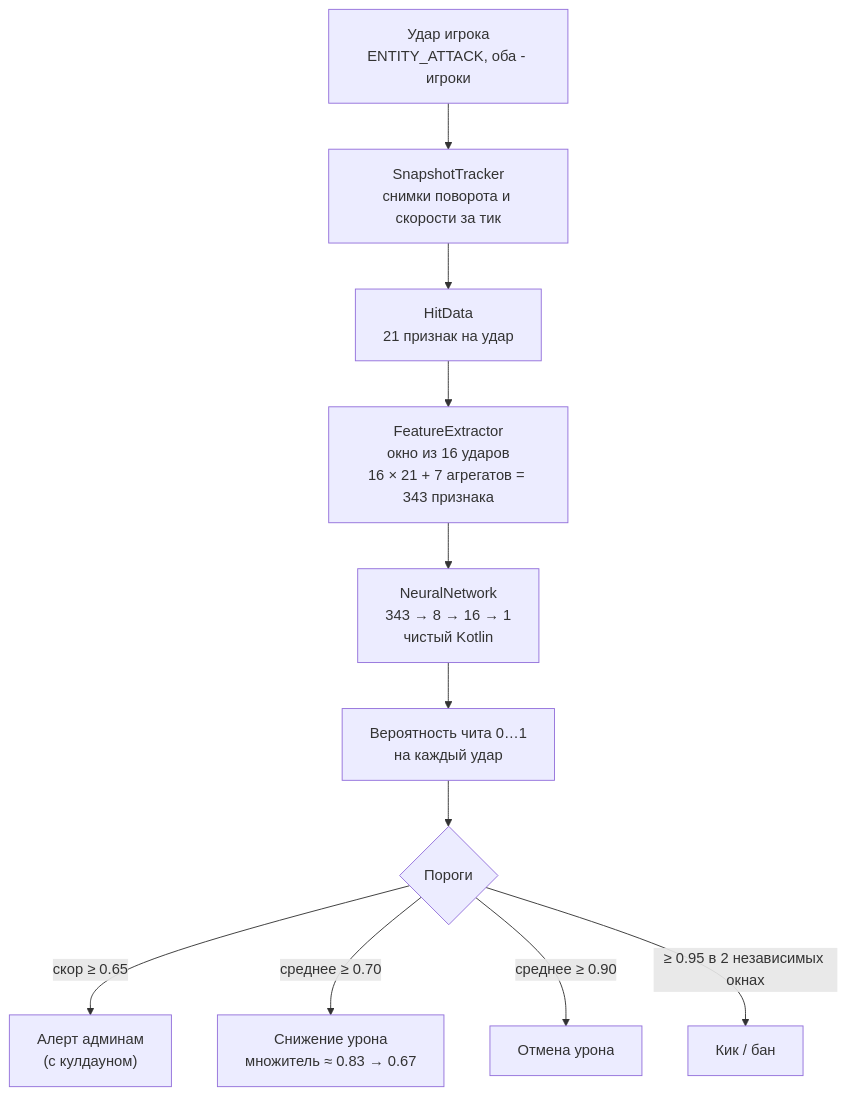
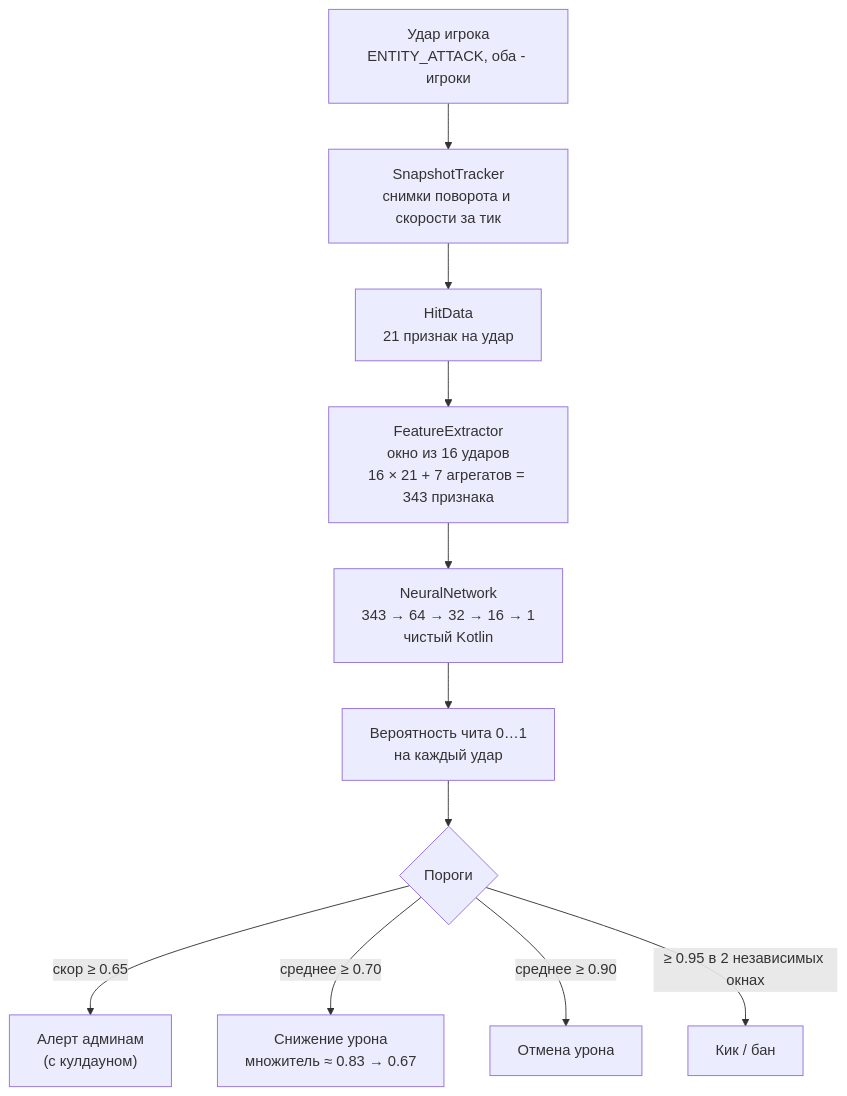
The diagram in README.md (6lGRUSHAl6/DaynAC), drawn with Mermaid before and after one commit. The commit also changed other lines of this file and 6 other files, not shown here.

````diff
--- a/README.md
+++ b/README.md
@@ -62,13 +63,13 @@
 ```mermaid
 flowchart TB
     hit["Удар игрока<br/>ENTITY_ATTACK, оба - игроки"] --> track["SnapshotTracker<br/>снимки поворота и скорости за тик"]
     track --> hitdata["HitData<br/>21 признак на удар"]
     hitdata --> feat["FeatureExtractor<br/>окно из 16 ударов<br/>16 × 21 + 7 агрегатов = 343 признака"]
-    feat --> nn["NeuralNetwork<br/>343 → 8 → 16 → 1<br/>чистый Kotlin"]
+    feat --> nn["NeuralNetwork<br/>343 → 64 → 32 → 16 → 1<br/>чистый Kotlin"]
     nn --> score["Вероятность чита 0…1<br/>на каждый удар"]
     score --> rule{"Пороги"}
     rule -->|"скор ≥ 0.65"| alert["Алерт админам<br/>(с кулдауном)"]
     rule -->|"среднее ≥ 0.70"| reduce["Снижение урона<br/>множитель ≈ 0.83 → 0.67"]
     rule -->|"среднее ≥ 0.90"| cancel["Отмена урона"]
     rule -->|"≥ 0.95 в 2 независимых окнах"| punish["Кик / бан"]
 ```
````
